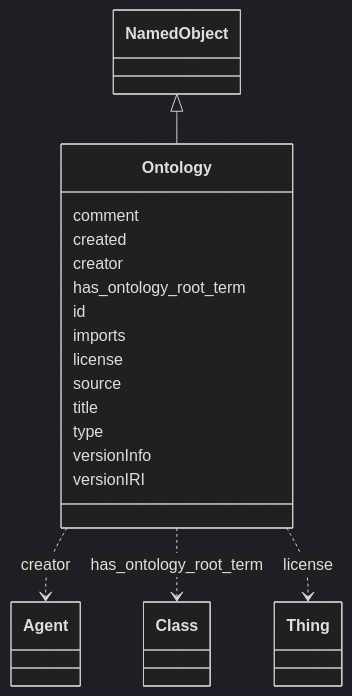
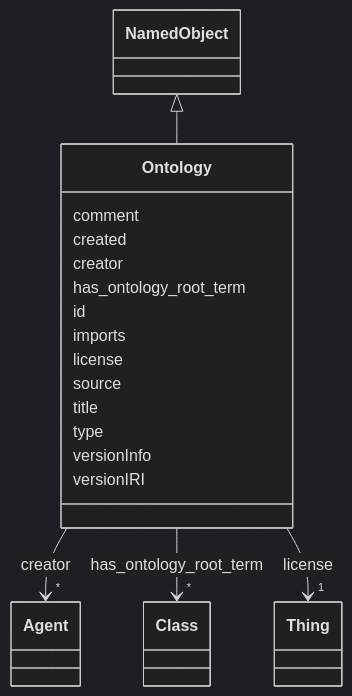
Before and after one commit to INCATools/ontology-access-kit: the diagram in docs/datamodels/ontology-metadata/Ontology.md, drawn with Mermaid (dark theme). The commit also changed other lines of this file and 539 other files, not shown here.

````diff
--- a/docs/datamodels/ontology-metadata/Ontology.md
+++ b/docs/datamodels/ontology-metadata/Ontology.md
@@ -11,37 +19,54 @@
 ```{mermaid}
  classDiagram
     class Ontology
+    click Ontology href "../Ontology"
       NamedObject <|-- Ontology
+        click NamedObject href "../NamedObject"
       
       Ontology : comment
         
       Ontology : created
         
       Ontology : creator
         
-          Ontology ..> Agent : creator
+          
+    
+    
+    Ontology --> "*" Agent : creator
+    click Agent href "../Agent"
+
         
       Ontology : has_ontology_root_term
         
-          Ontology ..> Class : has_ontology_root_term
+          
+    
+    
+    Ontology --> "*" Class : has_ontology_root_term
+    click Class href "../Class"
+
         
       Ontology : id
         
       Ontology : imports
         
       Ontology : license
         
-          Ontology ..> Thing : license
+          
+    
+    
+    Ontology --> "1" Thing : license
+    click Thing href "../Thing"
+
         
       Ontology : source
         
       Ontology : title
         
       Ontology : type
         
       Ontology : versionInfo
         
       Ontology : versionIRI
         
       
 ```
````
